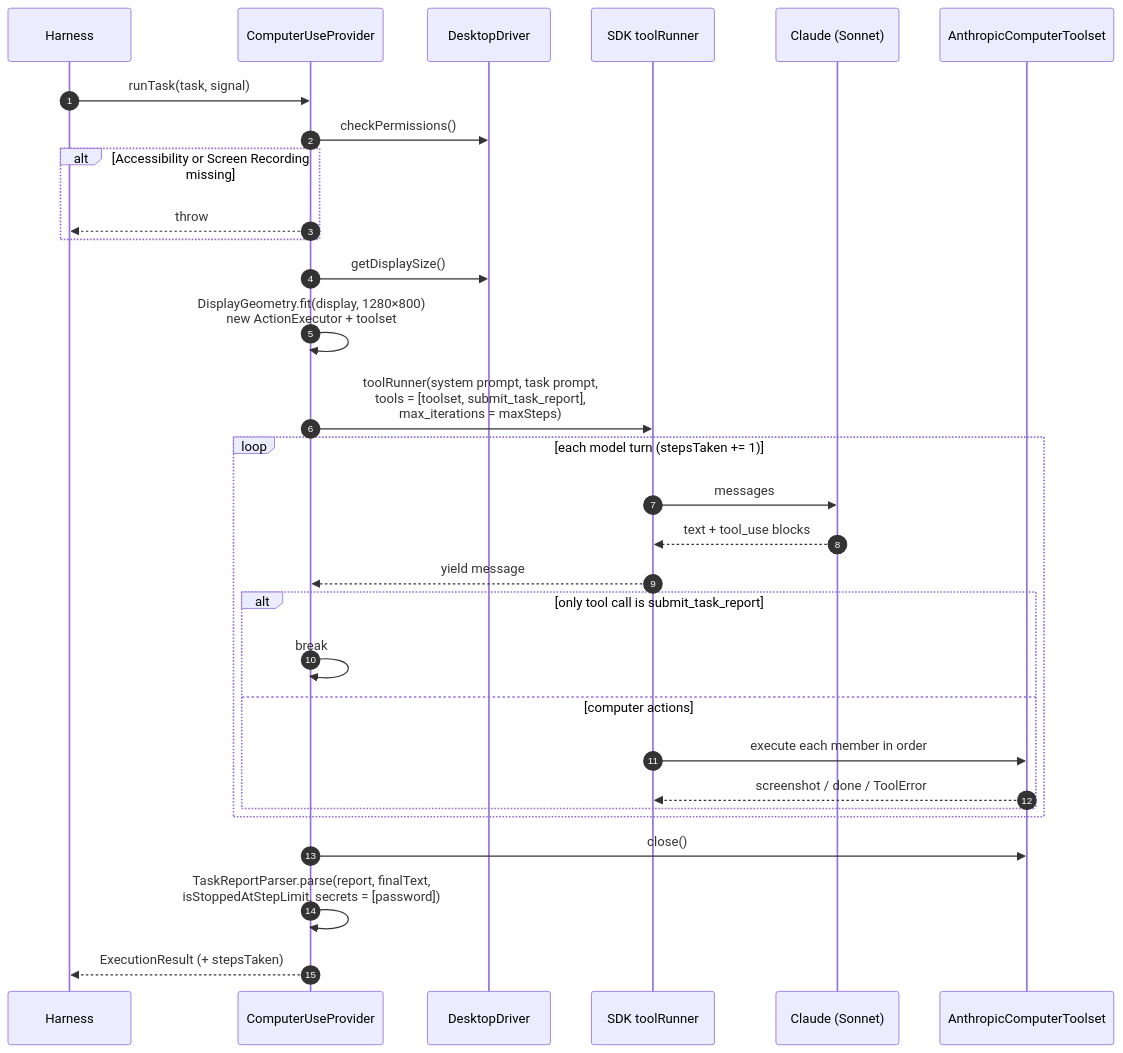
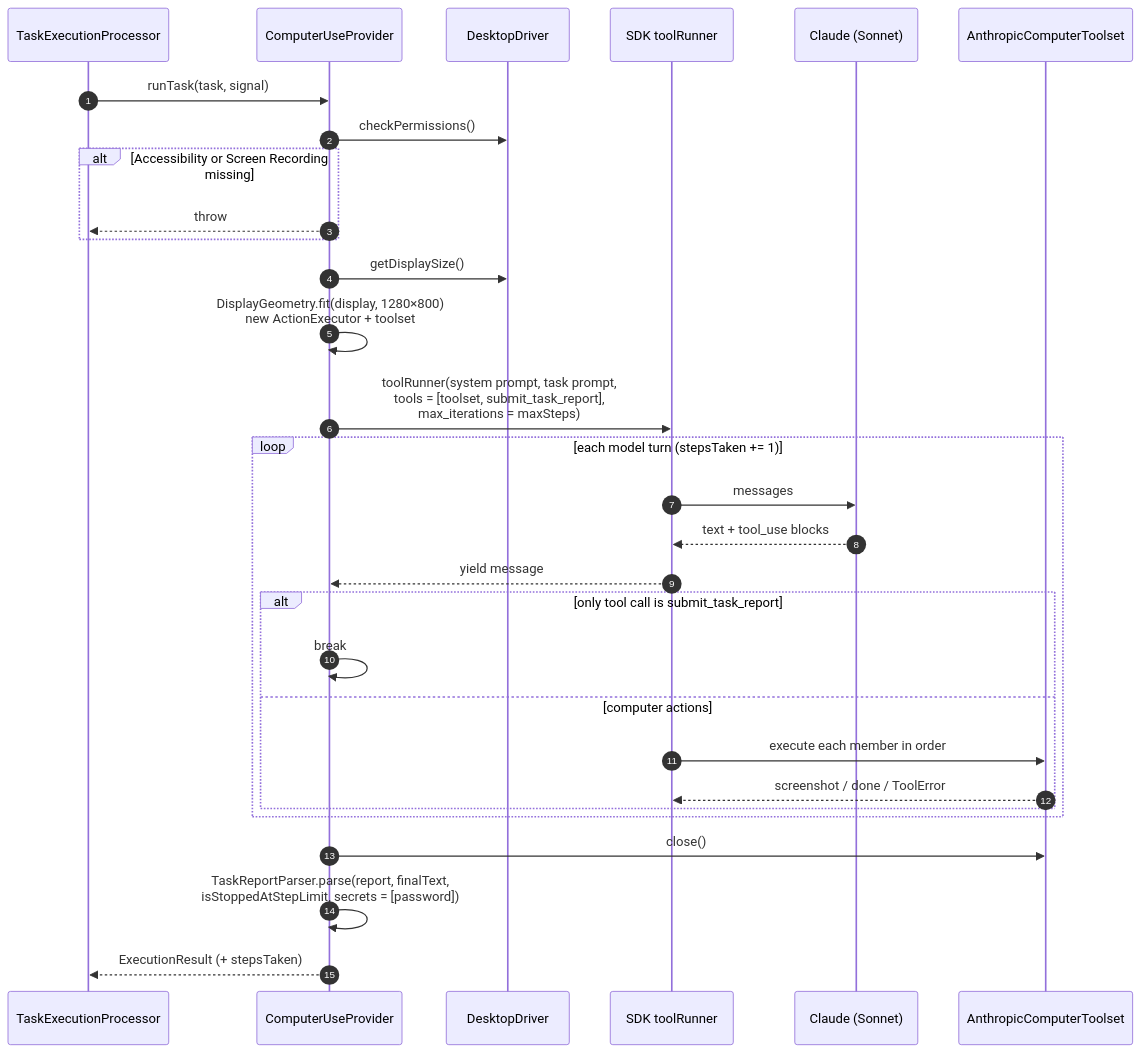
Before and after one commit to BaraaSoft/agentcores: the third of 6 diagrams in packages/execution/tech-spec.md, drawn with Mermaid. The commit also changed other lines of this file and 98 other files, not shown here.

First line of the commit message:
Refactor execution architecture and enhance governance modules

````diff
--- a/packages/execution/tech-spec.md
+++ b/packages/execution/tech-spec.md
@@ -146,33 +146,33 @@
 ```mermaid
 sequenceDiagram
     autonumber
-    participant H as Harness
+    participant H as TaskExecutionProcessor
     participant P as ComputerUseProvider
     participant D as DesktopDriver
     participant R as SDK toolRunner
     participant M as Claude (Sonnet)
     participant T as AnthropicComputerToolset
 
     H->>P: runTask(task, signal)
     P->>D: checkPermissions()
     alt Accessibility or Screen Recording missing
         P-->>H: throw
     end
     P->>D: getDisplaySize()
     P->>P: DisplayGeometry.fit(display, 1280×800)<br/>new ActionExecutor + toolset
     P->>R: toolRunner(system prompt, task prompt,<br/>tools = [toolset, submit_task_report],<br/>max_iterations = maxSteps)
     loop each model turn (stepsTaken += 1)
         R->>M: messages
         M-->>R: text + tool_use blocks
         R-->>P: yield message
         alt only tool call is submit_task_report
             P->>P: break
         else computer actions
             R->>T: execute each member in order
             T-->>R: screenshot / done / ToolError
         end
     end
     P->>T: close()
     P->>P: TaskReportParser.parse(report, finalText,<br/>isStoppedAtStepLimit, secrets = [password])
     P-->>H: ExecutionResult (+ stepsTaken)
 ```
````
